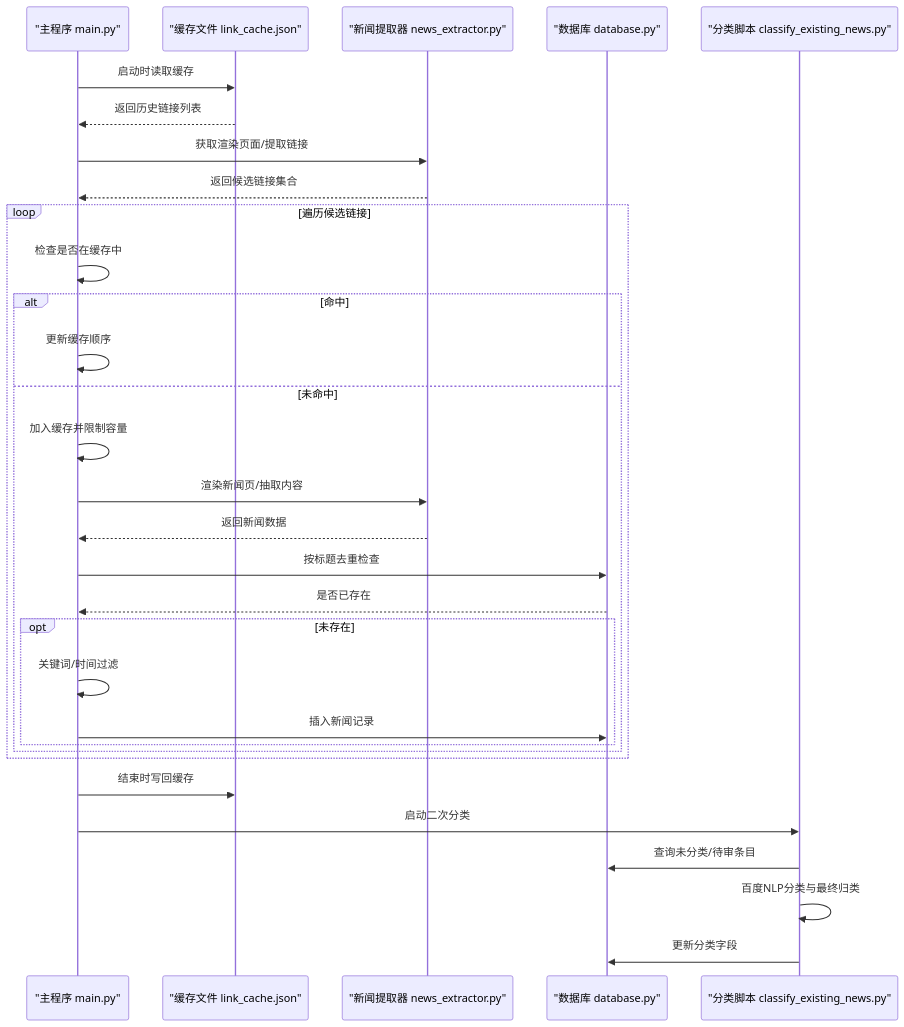
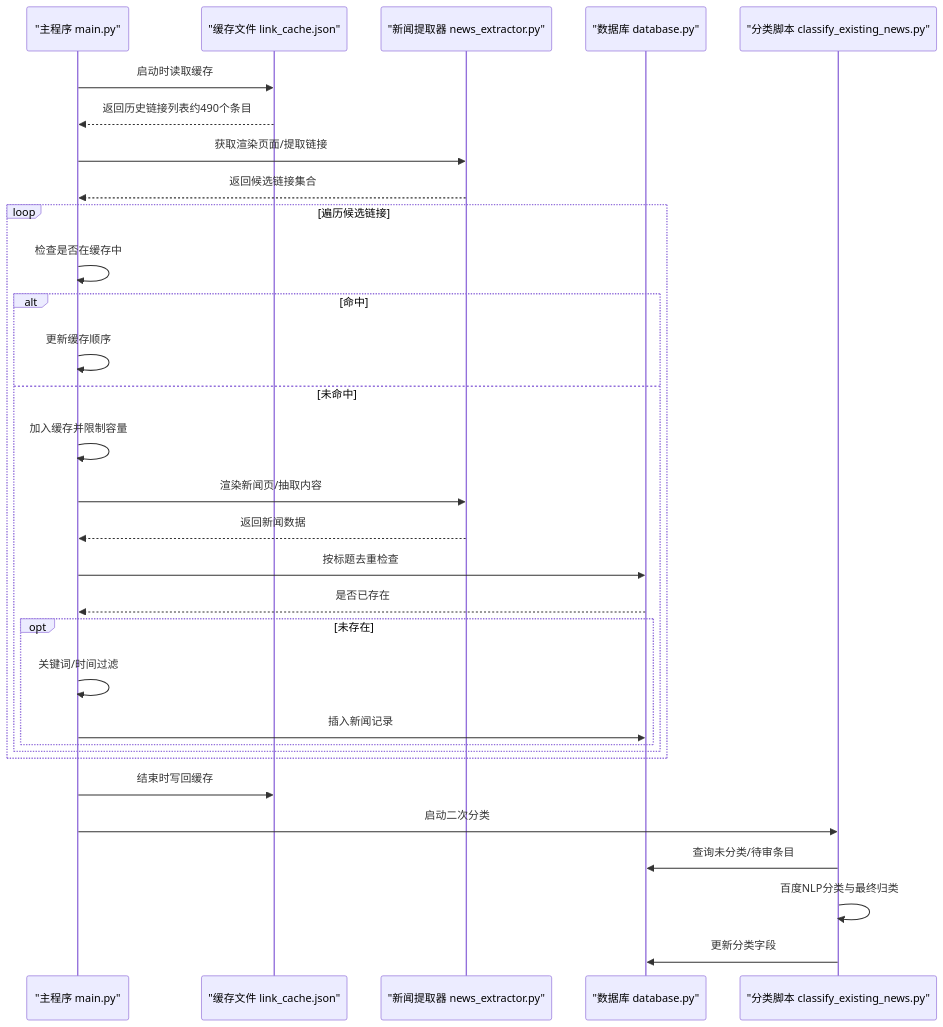
The second of 4 diagrams in .qoder/repowiki/zh/content/工具脚本说明/链接缓存管理.md (dengwanqian/news-exacter), drawn with Mermaid before and after one commit. The commit also changed other lines of this file and 8 other files, not shown here.

````diff
--- a/.qoder/repowiki/zh/content/工具脚本说明/链接缓存管理.md
+++ b/.qoder/repowiki/zh/content/工具脚本说明/链接缓存管理.md
@@ -82,33 +89,33 @@
 ```mermaid
 sequenceDiagram
 participant M as "主程序 main.py"
 participant L as "缓存文件 link_cache.json"
 participant X as "新闻提取器 news_extractor.py"
 participant D as "数据库 database.py"
 participant C as "分类脚本 classify_existing_news.py"
 M->>L : 启动时读取缓存
-L-->>M : 返回历史链接列表
+L-->>M : 返回历史链接列表约490个条目
 M->>X : 获取渲染页面/提取链接
 X-->>M : 返回候选链接集合
 loop 遍历候选链接
 M->>M : 检查是否在缓存中
 alt 命中
 M->>M : 更新缓存顺序
 else 未命中
 M->>M : 加入缓存并限制容量
 M->>X : 渲染新闻页/抽取内容
 X-->>M : 返回新闻数据
 M->>D : 按标题去重检查
 D-->>M : 是否已存在
 opt 未存在
 M->>M : 关键词/时间过滤
 M->>D : 插入新闻记录
 end
 end
 end
 M->>L : 结束时写回缓存
 M->>C : 启动二次分类
 C->>D : 查询未分类/待审条目
 C->>C : 百度NLP分类与最终归类
 C->>D : 更新分类字段
 ```
````
